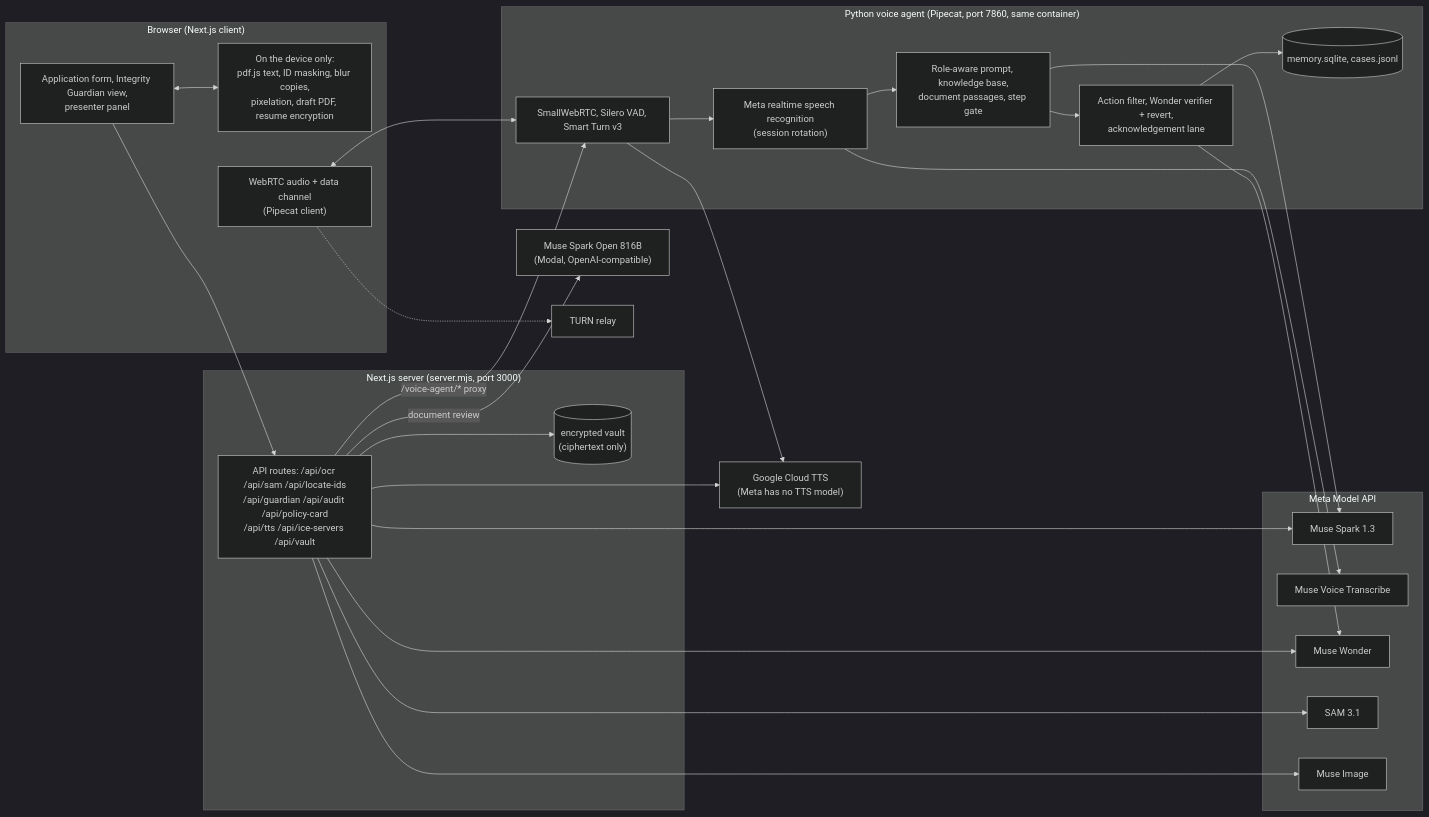
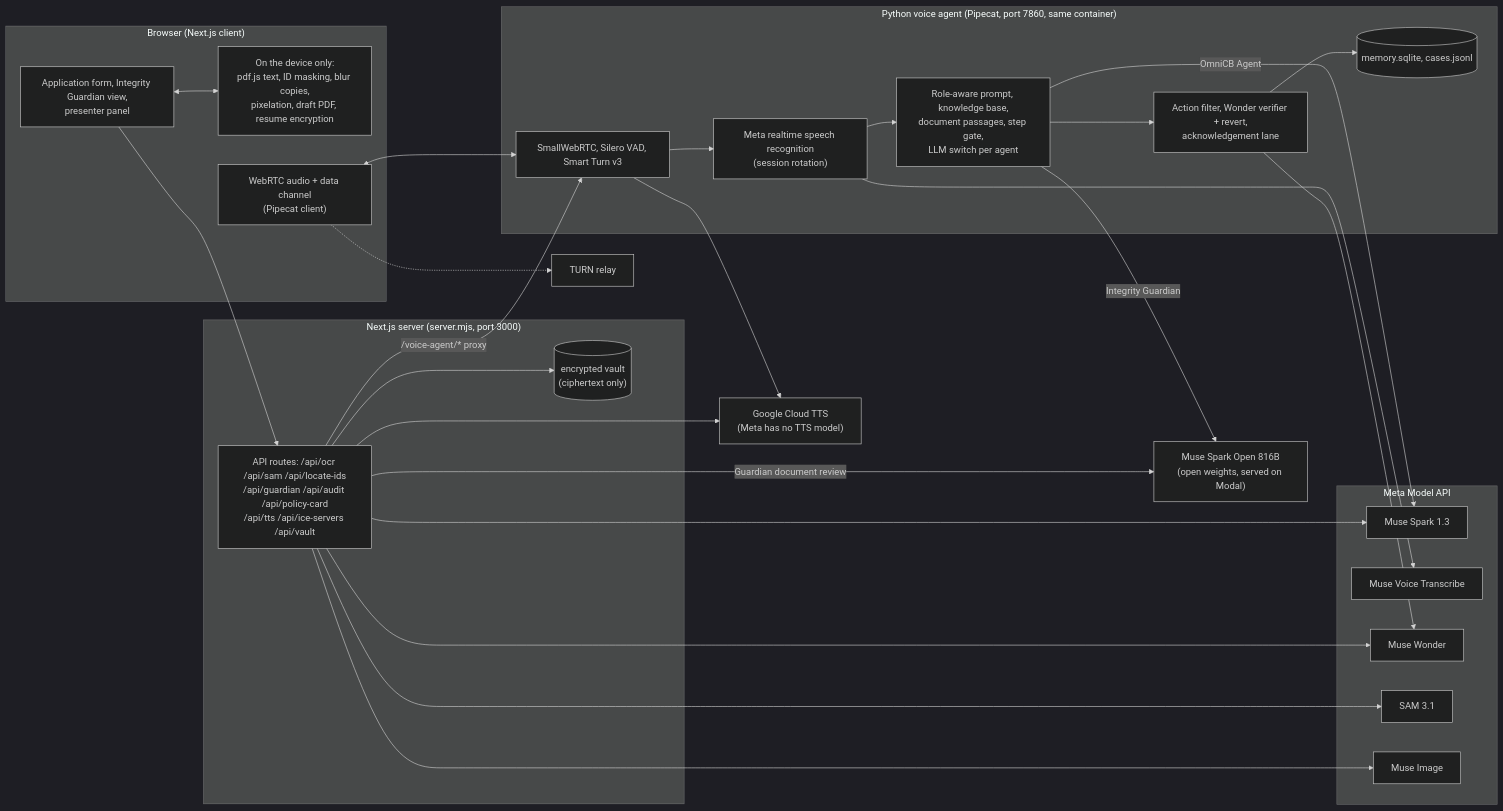
The diagram in README.md (srthorat/CoverPilot), drawn with Mermaid (dark theme) before and after one commit. The commit also changed other lines of this file and 55 other files, not shown here.

````diff
--- a/README.md
+++ b/README.md
@@ -21,51 +102,53 @@
 ```mermaid
 flowchart LR
   subgraph Browser["Browser (Next.js client)"]
     UI["Application form, Integrity Guardian view,<br/>presenter panel"]
     LOCAL["On the device only:<br/>pdf.js text, ID masking, blur copies,<br/>pixelation, draft PDF, resume encryption"]
     RTC["WebRTC audio + data channel<br/>(Pipecat client)"]
   end
 
   subgraph Node["Next.js server (server.mjs, port 3000)"]
     API["API routes: /api/ocr /api/sam /api/locate-ids<br/>/api/guardian /api/audit /api/policy-card<br/>/api/tts /api/ice-servers /api/vault"]
     VAULT[("encrypted vault<br/>(ciphertext only)")]
   end
 
   subgraph Py["Python voice agent (Pipecat, port 7860, same container)"]
     PIPE["SmallWebRTC, Silero VAD, Smart Turn v3"]
     STT["Meta realtime speech recognition<br/>(session rotation)"]
-    LLM["Role-aware prompt, knowledge base,<br/>document passages, step gate"]
+    LLM["Role-aware prompt, knowledge base,<br/>document passages, step gate,<br/>LLM switch per agent"]
     ACT["Action filter, Wonder verifier + revert,<br/>acknowledgement lane"]
     MEM[("memory.sqlite, cases.jsonl")]
   end
 
   subgraph Meta["Meta Model API"]
     SPARK["Muse Spark 1.3"]
     VT["Muse Voice Transcribe"]
     WONDER["Muse Wonder"]
     SAM["SAM 3.1"]
     IMG["Muse Image"]
   end
 
-  OPEN["Muse Spark Open 816B<br/>(Modal, OpenAI-compatible)"]
+  OPEN["Muse Spark Open 816B<br/>(open weights, served on Modal)"]
   GTTS["Google Cloud TTS<br/>(Meta has no TTS model)"]
   TURN["TURN relay"]
 
   UI <--> LOCAL
   UI --> API
   RTC <--> PIPE
   RTC -.-> TURN
   API -->|"/voice-agent/* proxy"| PIPE
   API --> VAULT
   API --> SPARK
   API --> SAM
   API --> WONDER
   API --> IMG
-  API -->|"document review"| OPEN
+  API -->|"Guardian document review"| OPEN
   API --> GTTS
   PIPE --> STT --> VT
-  STT --> LLM --> SPARK
+  STT --> LLM
+  LLM -->|"OmniCB Agent"| SPARK
+  LLM -->|"Integrity Guardian"| OPEN
   LLM --> ACT --> WONDER
   ACT --> MEM
   PIPE --> GTTS
 ```
````
